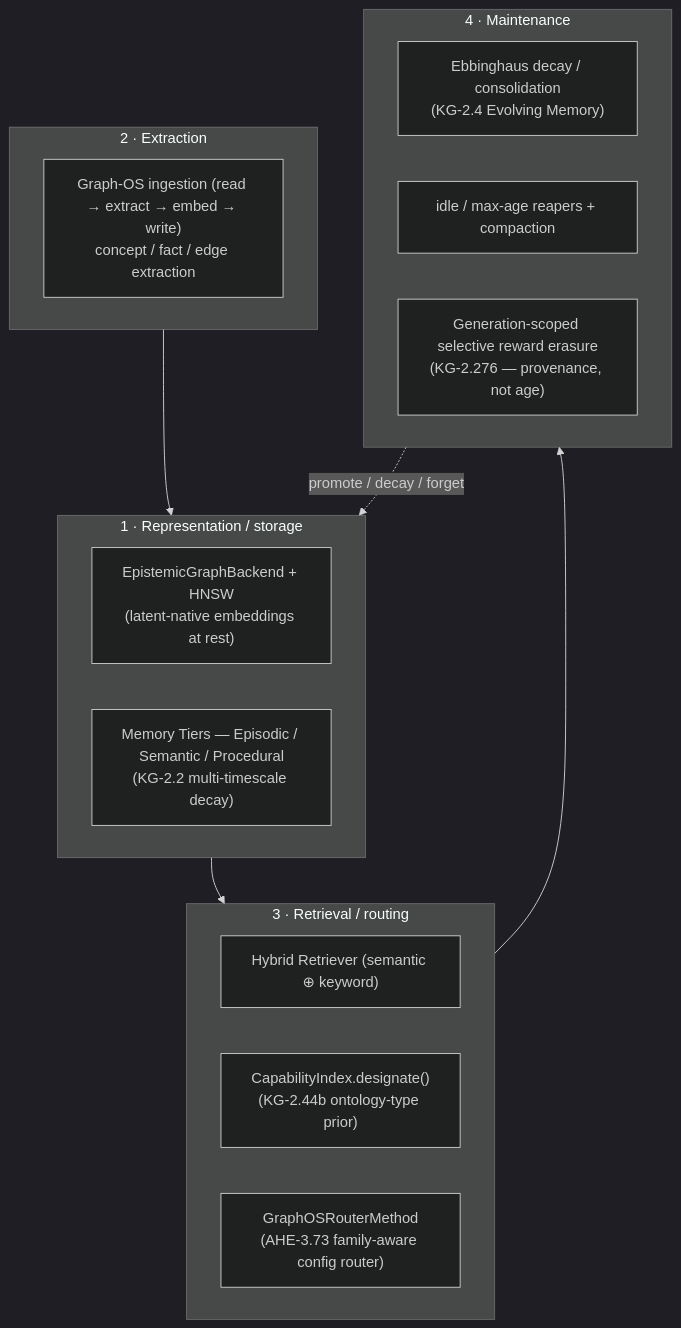
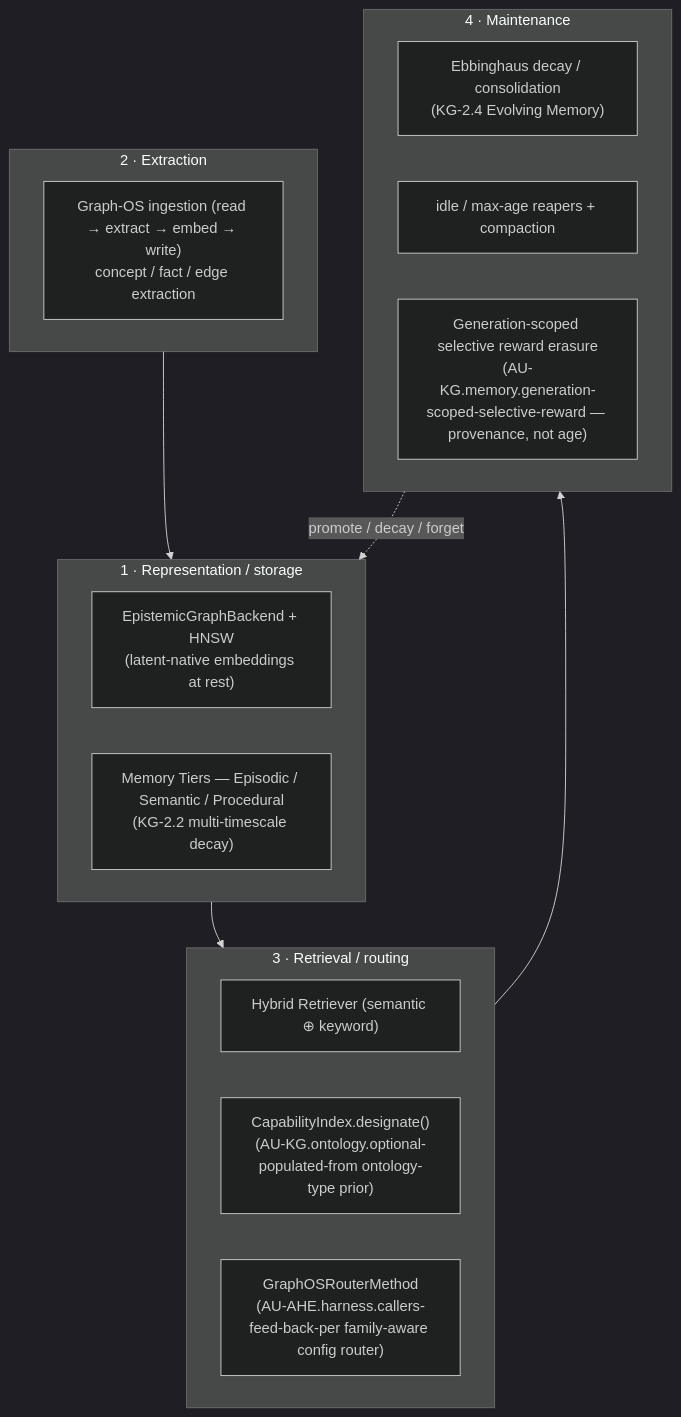
Before and after one commit to Knuckles-Team/agent-utilities: the first of 2 diagrams in docs/pillars/memory_architecture.md, drawn with Mermaid (dark theme). The commit also changed other lines of this file and 2324 other files, not shown here.

````diff
--- a/docs/pillars/memory_architecture.md
+++ b/docs/pillars/memory_architecture.md
@@ -31,25 +31,25 @@
 ```mermaid
 flowchart TB
     subgraph REP["1 · Representation / storage"]
         EGB["EpistemicGraphBackend + HNSW<br/>(latent-native embeddings at rest)"]
         TIERS["Memory Tiers — Episodic / Semantic / Procedural<br/>(KG-2.2 multi-timescale decay)"]
     end
     subgraph EXT["2 · Extraction"]
         ING["Graph-OS ingestion (read → extract → embed → write)<br/>concept / fact / edge extraction"]
     end
     subgraph RET["3 · Retrieval / routing"]
         HYB["Hybrid Retriever (semantic ⊕ keyword)"]
-        CIDX["CapabilityIndex.designate()<br/>(KG-2.44b ontology-type prior)"]
-        ROUTE["GraphOSRouterMethod<br/>(AHE-3.73 family-aware config router)"]
+        CIDX["CapabilityIndex.designate()<br/>(AU-KG.ontology.optional-populated-from ontology-type prior)"]
+        ROUTE["GraphOSRouterMethod<br/>(AU-AHE.harness.callers-feed-back-per family-aware config router)"]
     end
     subgraph MNT["4 · Maintenance"]
         DECAY["Ebbinghaus decay / consolidation<br/>(KG-2.4 Evolving Memory)"]
         REAP["idle / max-age reapers + compaction"]
-        ERASE["Generation-scoped selective reward erasure<br/>(KG-2.276 — provenance, not age)"]
+        ERASE["Generation-scoped selective reward erasure<br/>(AU-KG.memory.generation-scoped-selective-reward — provenance, not age)"]
     end
 
     EXT --> REP
     REP --> RET
     RET --> MNT
     MNT -. "promote / decay / forget" .-> REP
 ```
````
